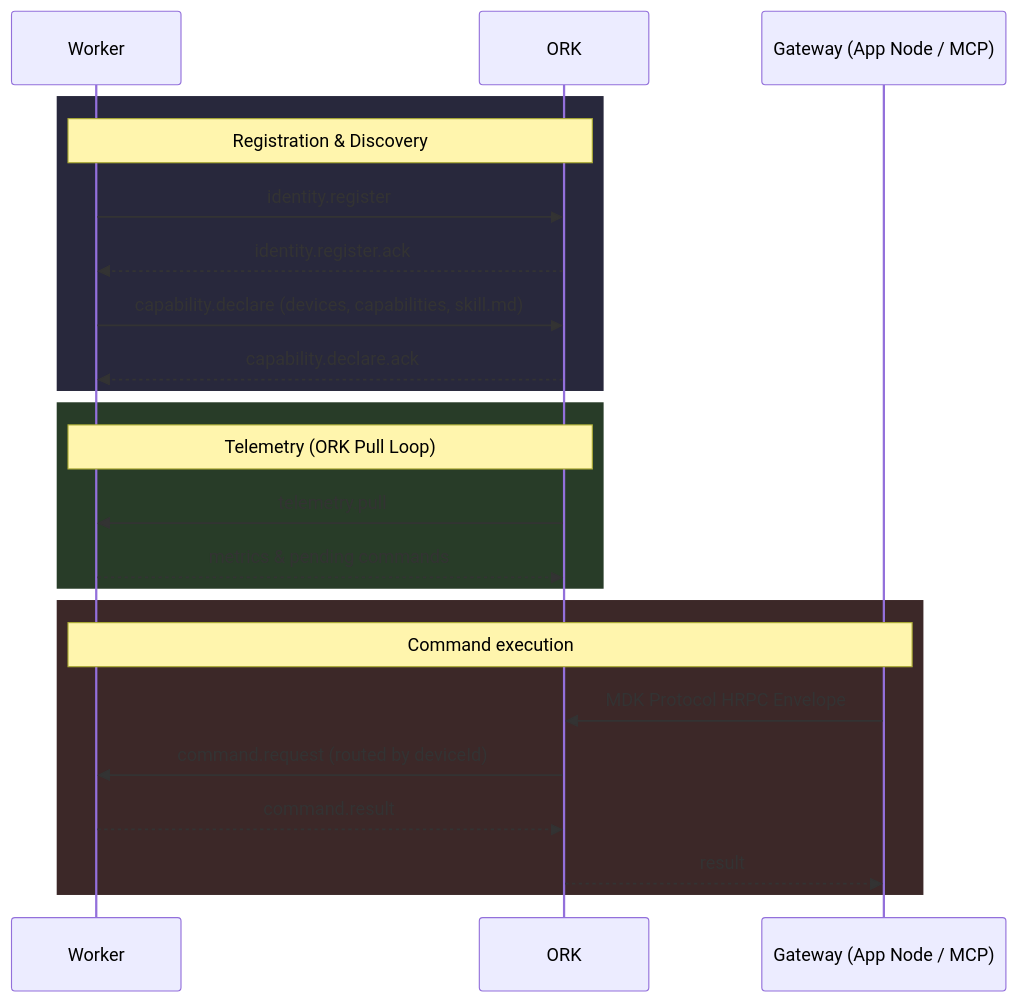
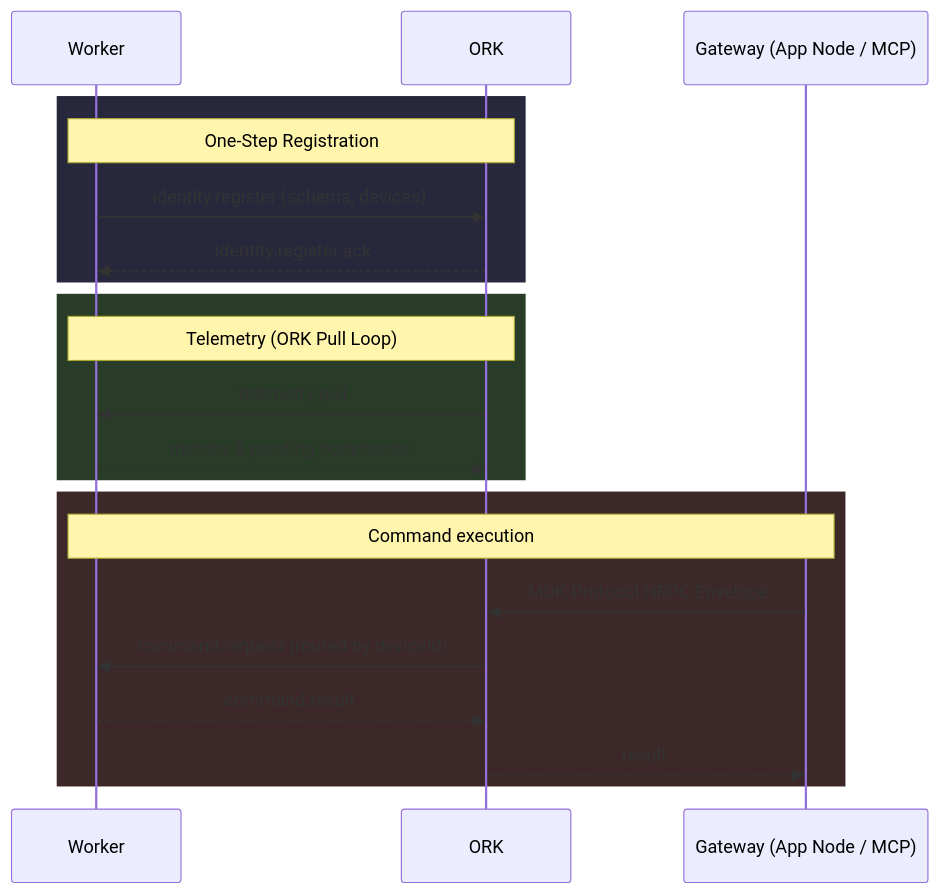
One commit to Gio-Galt/mdk-be changed the second of 11 diagrams in docs/hld.md. Above: the diagram before and after it, drawn with Mermaid. The commit also changed other lines of this file and 10 other files, not shown here.

````diff
--- a/docs/hld.md
+++ b/docs/hld.md
@@ -110,28 +118,26 @@
 ```mermaid
 sequenceDiagram
     participant W as Worker
     participant O as ORK
     participant G as Gateway (App Node / MCP)
 
     rect rgb(40, 40, 60)
-    Note over W,O: Registration & Discovery
-    W->>O: identity.register
+    Note over W,O: One-Step Registration
+    W->>O: identity.register (schema, devices)
     O-->>W: identity.register.ack
-    W->>O: capability.declare (devices, capabilities, skill.md)
-    O-->>W: capability.declare.ack
     end
 
     rect rgb(40, 60, 40)
     Note over O,W: Telemetry (ORK Pull Loop)
     O->>W: telemetry.pull
     W-->>O: metrics & pending commands
     end
 
     rect rgb(60, 40, 40)
     Note over G,W: Command execution
     G->>O: MDK Protocol HRPC Envelope
     O->>W: command.request (routed by deviceId)
     W-->>O: command.result
     O-->>G: result
     end
 ```
````
